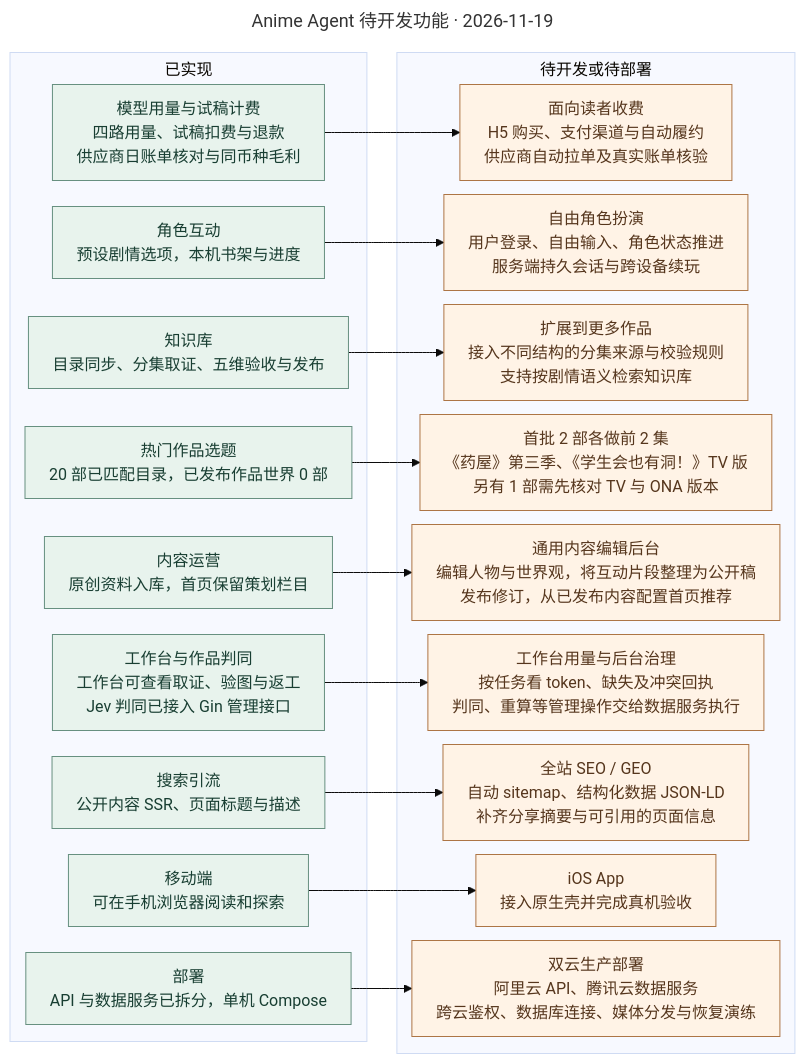
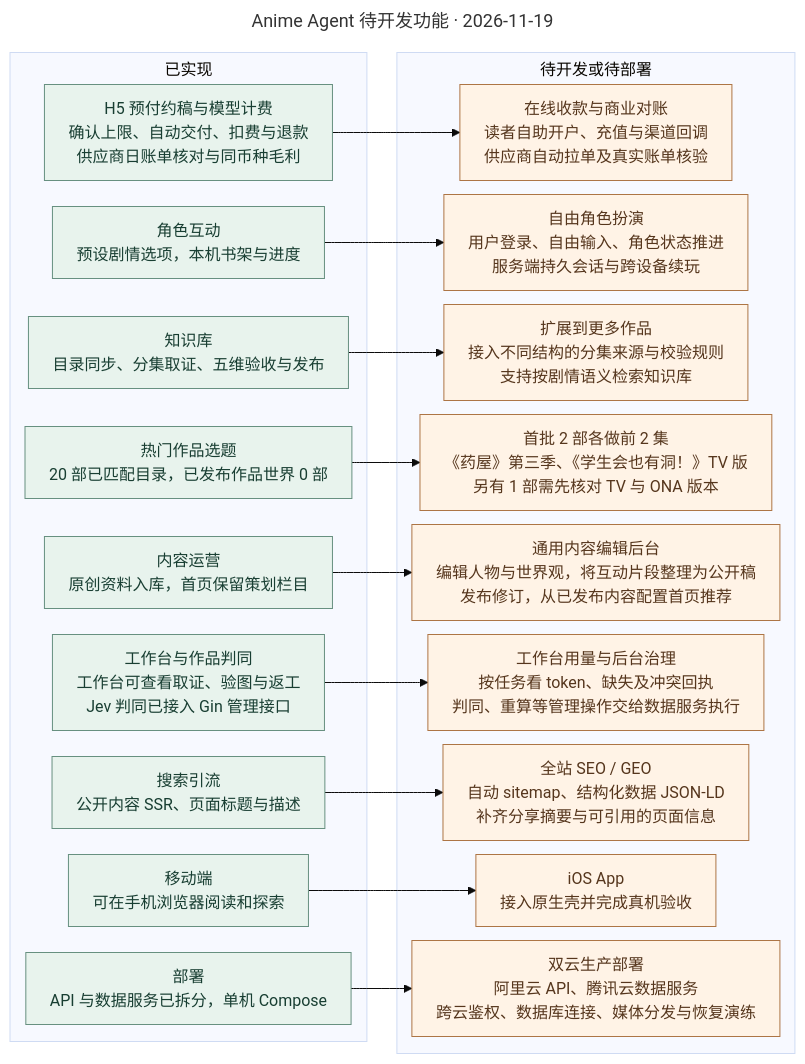
Before and after one commit to bluedao10000/player: the diagram in docs/diagrams/backlog.mmd, drawn with Mermaid (base theme). The commit also changed 20 other files, not shown here.

Commit message:
为读者开放 H5 预付约稿、自动履约与私有图片下载

```diff
--- a/docs/diagrams/backlog.mmd
+++ b/docs/diagrams/backlog.mmd
@@ -1,67 +1,67 @@
 ---
 title: Anime Agent 待开发功能 · 2026-11-19
 config:
   flowchart:
     wrappingWidth: 410
     nodeSpacing: 14
     rankSpacing: 30
     padding: 12
     subGraphTitleMargin:
       top: 5
       bottom: 10
 ---
-%% 2026-11-19 · main，以 39a2ce5 后的试稿计费实现及本地作品目录为基线。各行独立，箭头连接已有能力及其缺口。
+%% 2026-11-19 · main，以 3315d40 后的 H5 购买实现及本地作品目录为基线。各行独立，箭头连接已有能力及其缺口。
 flowchart LR
     subgraph current["已实现"]
-        metering["模型用量与试稿计费<br/>四路用量、试稿扣费与退款<br/>供应商日账单核对与同币种毛利"]
+        metering["H5 预付约稿与模型计费<br/>确认上限、自动交付、扣费与退款<br/>供应商日账单核对与同币种毛利"]
         play["角色互动<br/>预设剧情选项，本机书架与进度"]
         kb["知识库<br/>目录同步、分集取证、五维验收与发布"]
         picks["热门作品选题<br/>20 部已匹配目录，已发布作品世界 0 部"]
         edit["内容运营<br/>原创资料入库，首页保留策划栏目"]
         desk["工作台与作品判同<br/>工作台可查看取证、验图与返工<br/>Jev 判同已接入 Gin 管理接口"]
         seo["搜索引流<br/>公开内容 SSR、页面标题与描述"]
         app["移动端<br/>可在手机浏览器阅读和探索"]
         ops["部署<br/>API 与数据服务已拆分，单机 Compose"]
     end
     subgraph remaining["待开发或待部署"]
-        bill["面向读者收费<br/>H5 购买、支付渠道与自动履约<br/>供应商自动拉单及真实账单核验"]
+        bill["在线收款与商业对账<br/>读者自助开户、充值与渠道回调<br/>供应商自动拉单及真实账单核验"]
         rp["自由角色扮演<br/>用户登录、自由输入、角色状态推进<br/>服务端持久会话与跨设备续玩"]
         expand["扩展到更多作品<br/>接入不同结构的分集来源与校验规则<br/>支持按剧情语义检索知识库"]
         pilot["首批 2 部各做前 2 集<br/>《药屋》第三季、《学生会也有洞！》TV 版<br/>另有 1 部需先核对 TV 与 ONA 版本"]
         cms["通用内容编辑后台<br/>编辑人物与世界观，将互动片段整理为公开稿<br/>发布修订，从已发布内容配置首页推荐"]
         console["工作台用量与后台治理<br/>按任务看 token、缺失及冲突回执<br/>判同、重算等管理操作交给数据服务执行"]
         growth["全站 SEO / GEO<br/>自动 sitemap、结构化数据 JSON-LD<br/>补齐分享摘要与可引用的页面信息"]
         ios["iOS App<br/>接入原生壳并完成真机验收"]
         cloud["双云生产部署<br/>阿里云 API、腾讯云数据服务<br/>跨云鉴权、数据库连接、媒体分发与恢复演练"]
     end
     metering --> bill
     play --> rp
     kb --> expand
     picks --> pilot
     edit --> cms
     desk --> console
     seo --> growth
     app --> ios
     ops --> cloud
     classDef done fill:#e8f3ed,stroke:#679080,color:#183e32;
     classDef todo fill:#fff3e6,stroke:#ad7545,color:#56361d;
     class metering,play,kb,picks,edit,desk,seo,app,ops done
     class bill,rp,expand,pilot,cms,console,growth,ios,cloud todo
 %% metering | 私有试稿订单锁定零售价，交付后按去重回执扣款，支持退款与供应商日账单对账。 | apps/api/internal/billing/api.go
-%% bill | 接入读者登录、支付渠道和 H5 购买入口，将供应商自动拉单与真实合同费率校验接入现有账本。 | docs/模型用量与计费.md
+%% bill | 接入自助开户、真实收款与回调，将供应商自动拉单与真实合同费率校验接入现有账本。 | docs/模型用量与计费.md
 %% play | RoleplayComposer 从预设 options 选择下一步；原创故事的书架与进度保存在本机。 | apps/web/src/features/post/roleplay-controls.tsx
 %% rp | 当前 Pi 的持久任务服务于内容生产；面向读者的自由输入、服务端多轮会话、跨端身份与进度仍待接通。 | docs/产品架构.md
 %% kb | 数据服务按配置登记分集、调度取证与素材处理，验收后冻结已完成范围。 | apps/api/cmd/knowledge-sync/main.go
 %% expand | episodeSources 依赖 Naruto 官网页面结构及维基分集表；目录 API 按标题与别名查作品，接入另一种来源和剧情向量检索仍需开发。 | apps/agent/src/episode-plan.ts
 %% picks | 热度榜 20 项按 Bangumi ID 命中本地目录，其中 19 项符合现有 TV 与年份校验。 | docs/热门作品建库计划-2026-11-19.md
 %% pilot | 计划先验证续季集号与集内短篇，四集验收后用真实模型回执核算成本。《黑暗召唤师在地下恋爱中》的 TV/ONA 归属待核。 | docs/热门作品建库计划-2026-11-19.md
 %% edit | 首页作品入口读 Gin，部分港口栏目与原创推荐仍使用前端策划资料。 | apps/web/src/features/post/editorial.tsx
 %% cms | 已有分集自动验收发布；面向编辑的通用创作、修订、发布及首页配置后台仍待开发。 | docs/产品架构.md
 %% desk | 工作台 feed 汇集同步、质检、作品、研究、图片与范围记录，暂未消费管理端用量接口。 | apps/web/src/features/workbench/feed.ts
 %% console | 当前由已授权的 Gin 请求触发判同、部分质检和重算；跨云时数据服务需要异步命令和结果协议。 | apps/api/internal/knowledge/curation.go
 %% seo | H5 内容可 SSR，若干路由已有 head 元信息。 | apps/web/src/routes
 %% growth | 补齐可索引公开内容的 sitemap、统一结构化数据与传播摘要；索引和引用由搜索平台决定。 | docs/功能地图.md
 %% app | 角色、阅读、互动与书架路由已经支持移动 H5。 | apps/web/src/features/post
 %% ios | iOS 包装与真机交付待实施。 | docs/产品架构.md
 %% ops | Compose 已拆出 api、sync、research-agent，运行时仍使用本机卷。 | compose.yaml
 %% cloud | 双云为目标部署，还需跨云连通、服务身份、媒体可达、备份恢复和生产发布。 | docs/部署架构.md
```
